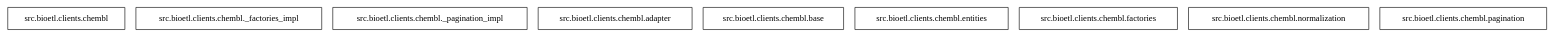
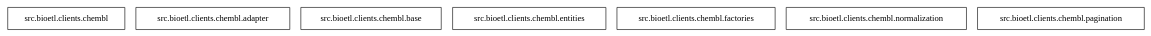
The diagram in packages_bioetl_clients_chembl.dot (SatoryKono/bioactivity_data_acquisition), drawn with Graphviz before and after one commit. The commit also changed 76 other files, not shown here.

```diff
--- a/packages_bioetl_clients_chembl.dot
+++ b/packages_bioetl_clients_chembl.dot
@@ -1,13 +1,11 @@
 digraph "packages_bioetl_clients_chembl" {
 rankdir=BT
 charset="utf-8"
 "src.bioetl.clients.chembl" [color="black", label=<src.bioetl.clients.chembl>, shape="box", style="solid"];
-"src.bioetl.clients.chembl._factories_impl" [color="black", label=<src.bioetl.clients.chembl._factories_impl>, shape="box", style="solid"];
-"src.bioetl.clients.chembl._pagination_impl" [color="black", label=<src.bioetl.clients.chembl._pagination_impl>, shape="box", style="solid"];
 "src.bioetl.clients.chembl.adapter" [color="black", label=<src.bioetl.clients.chembl.adapter>, shape="box", style="solid"];
 "src.bioetl.clients.chembl.base" [color="black", label=<src.bioetl.clients.chembl.base>, shape="box", style="solid"];
 "src.bioetl.clients.chembl.entities" [color="black", label=<src.bioetl.clients.chembl.entities>, shape="box", style="solid"];
 "src.bioetl.clients.chembl.factories" [color="black", label=<src.bioetl.clients.chembl.factories>, shape="box", style="solid"];
 "src.bioetl.clients.chembl.normalization" [color="black", label=<src.bioetl.clients.chembl.normalization>, shape="box", style="solid"];
 "src.bioetl.clients.chembl.pagination" [color="black", label=<src.bioetl.clients.chembl.pagination>, shape="box", style="solid"];
 }
```
